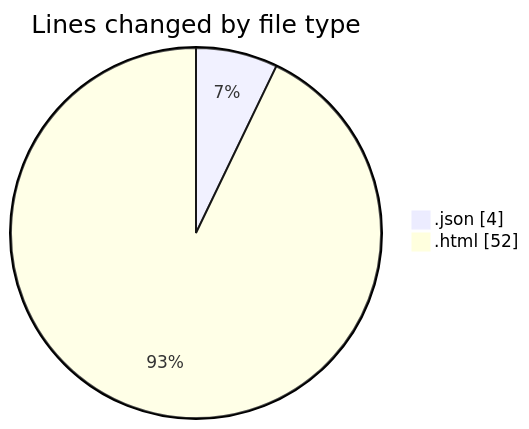
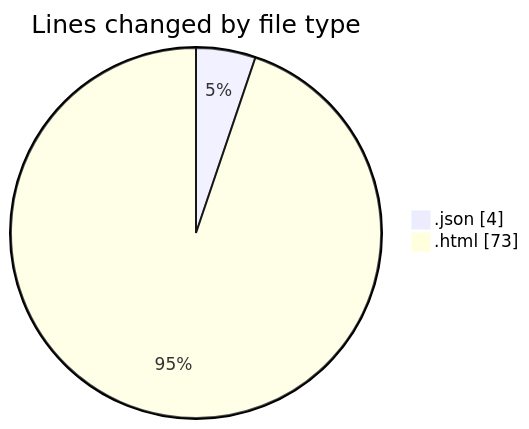
One commit to BS-eng2023/code-tracking changed the first of 2 diagrams in 2025-03-15/javascript/README.md. Above: the diagram before and after it, drawn with Mermaid. The commit also changed other lines of this file and 1 other file, not shown here.

````diff
--- a/2025-03-15/javascript/README.md
+++ b/2025-03-15/javascript/README.md
@@ -21,6 +21,6 @@
 ```mermaid
 pie showData
 title Lines changed by file type
 ".json" : 4
-".html" : 52
+".html" : 73
 ```
````
